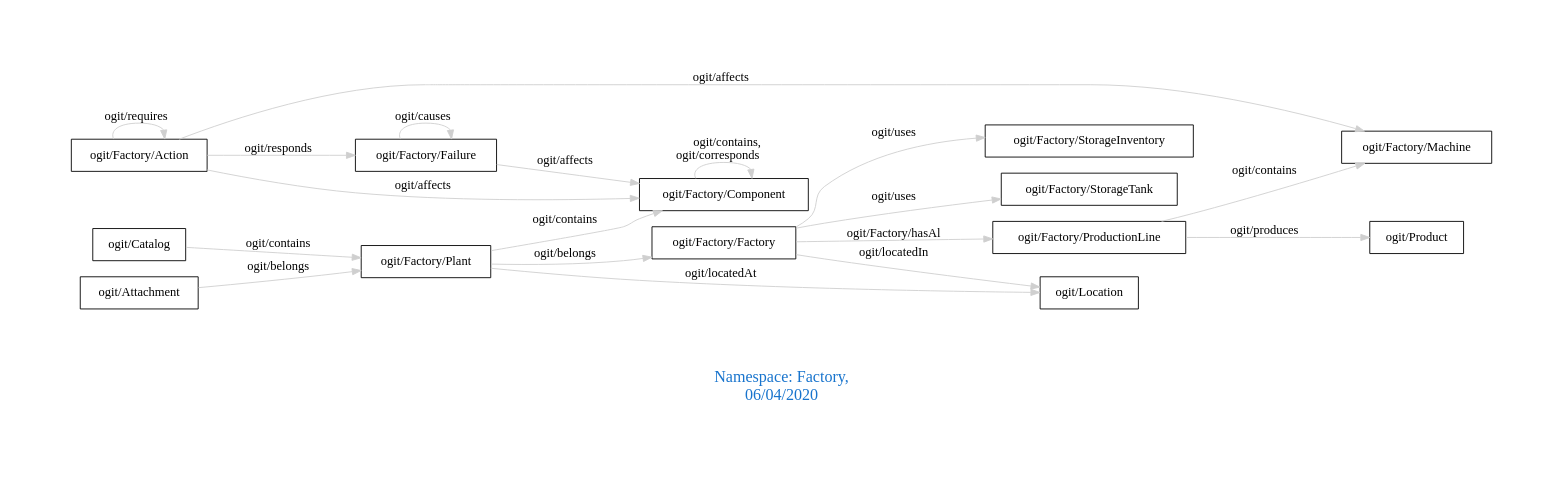
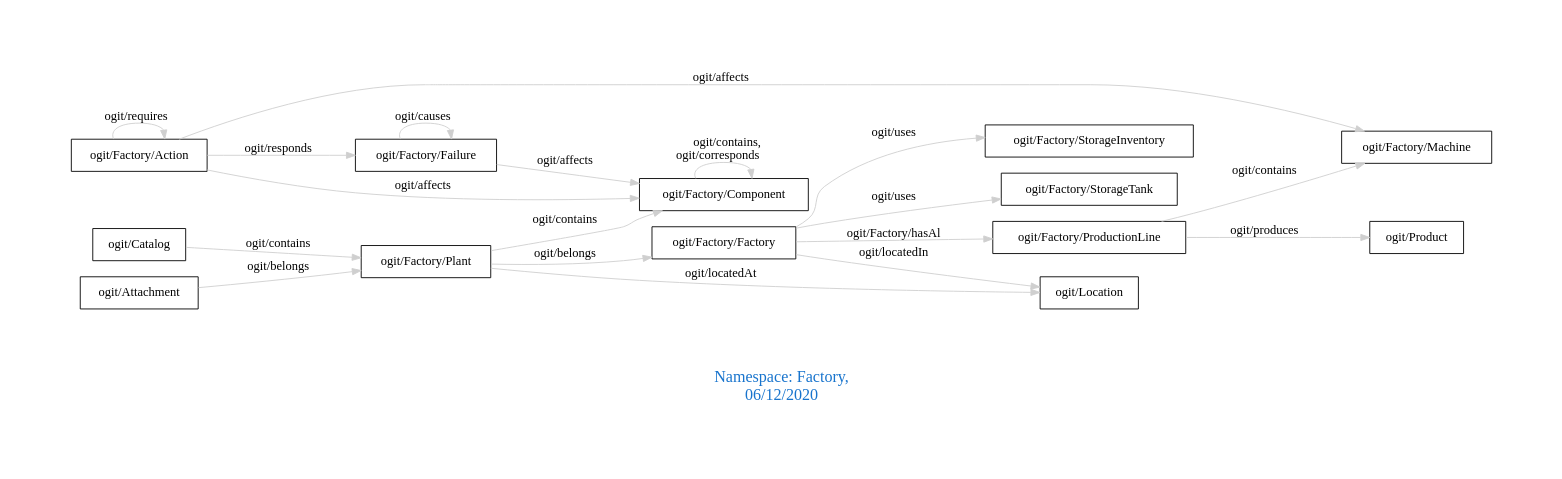
Before and after one commit to arago/OGIT: the diagram in downloads/Factory.dot, drawn with Graphviz. The commit also changed 1792 other files, not shown here.

```diff
--- a/downloads/Factory.dot
+++ b/downloads/Factory.dot
@@ -1,26 +1,26 @@
 digraph OGIT_ontology {
  graph [ rankdir= LR,pad=1 
 fontsize = 18,
-fontcolor= dodgerblue3,label = "\n\n\nNamespace: Factory, \n 06/04/2020"];
+fontcolor= dodgerblue3,label = "\n\n\nNamespace: Factory, \n 06/12/2020"];
 node[shape=polygon];
 edge [  color="gray81"];
 
    "ogit/Factory/Plant" -> "ogit/Factory/Component" [label="   ogit/contains    "];
    "ogit/Factory/ProductionLine" -> "ogit/Factory/Machine" [label="   ogit/contains    "];
    "ogit/Catalog" -> "ogit/Factory/Plant" [label="   ogit/contains    "];
    "ogit/Factory/Factory" -> "ogit/Factory/ProductionLine" [label="   ogit/Factory/hasAl    "];
    "ogit/Factory/Plant" -> "ogit/Location" [label="   ogit/locatedAt    "];
    "ogit/Factory/Factory" -> "ogit/Location" [label="   ogit/locatedIn    "];
    "ogit/Factory/Action" -> "ogit/Factory/Component" [label="   ogit/affects    "];
    "ogit/Factory/Action" -> "ogit/Factory/Machine" [label="   ogit/affects    "];
    "ogit/Factory/Failure" -> "ogit/Factory/Component" [label="   ogit/affects    "];
    "ogit/Factory/Action" -> "ogit/Factory/Failure" [label="   ogit/responds    "];
    "ogit/Factory/ProductionLine" -> "ogit/Product" [label="   ogit/produces    "];
    "ogit/Factory/Plant" -> "ogit/Factory/Factory" [label="   ogit/belongs    "];
    "ogit/Attachment" -> "ogit/Factory/Plant" [label="   ogit/belongs    "];
    "ogit/Factory/Factory" -> "ogit/Factory/StorageInventory" [label="   ogit/uses    "];
    "ogit/Factory/Factory" -> "ogit/Factory/StorageTank" [label="   ogit/uses    "];
    "ogit/Factory/Action" -> "ogit/Factory/Action" [label="   ogit/requires    "];
    "ogit/Factory/Component" -> "ogit/Factory/Component" [label="   ogit/contains, \n ogit/corresponds    "];
    "ogit/Factory/Failure" -> "ogit/Factory/Failure" [label="   ogit/causes    "];
 }
```
